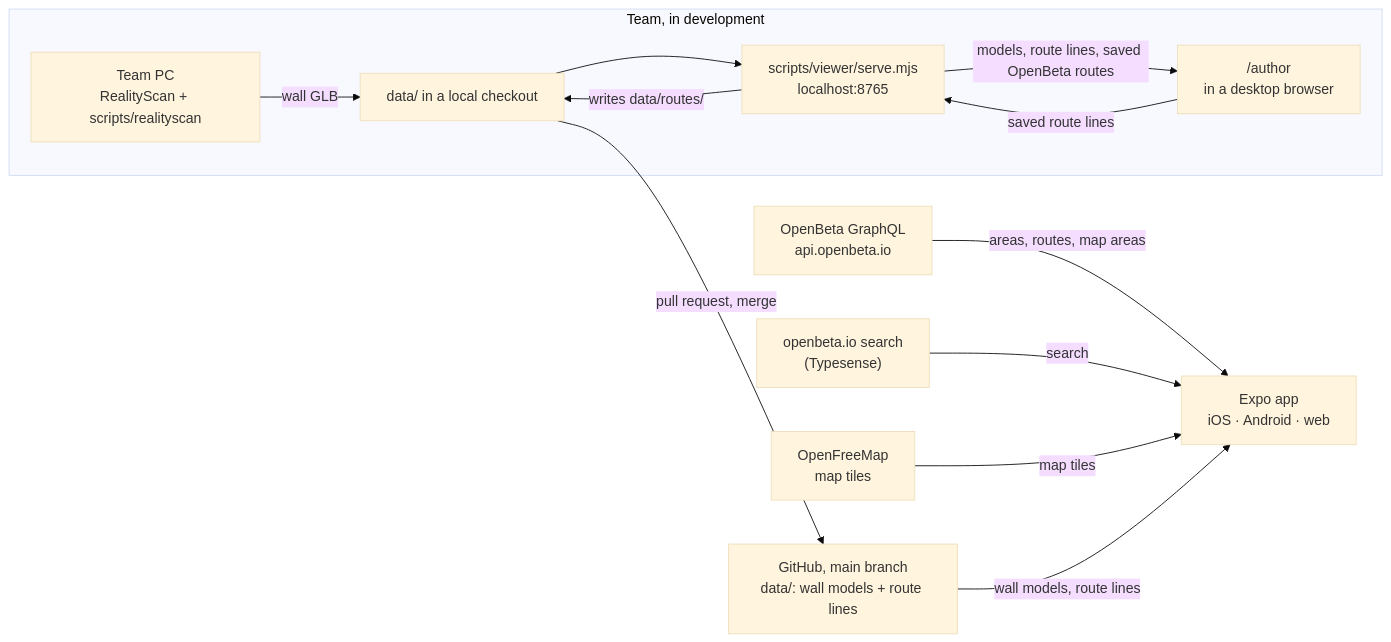
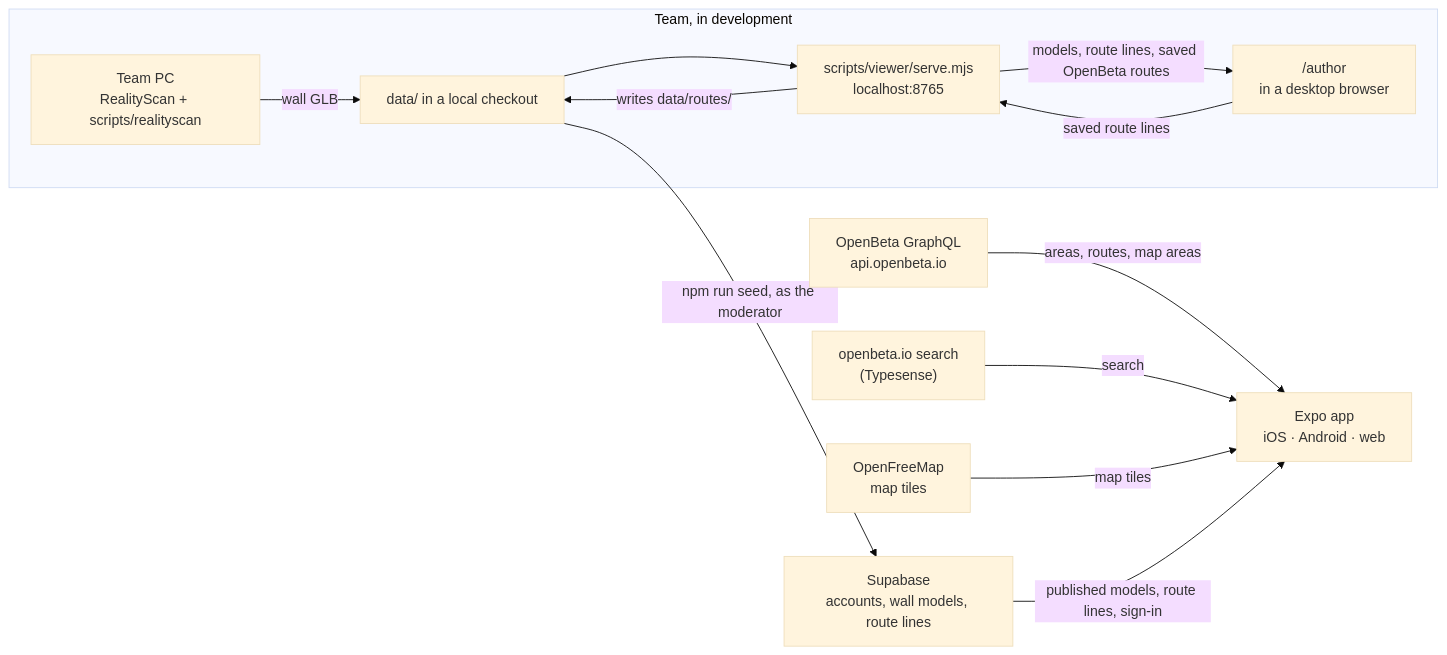
The first of 2 diagrams in docs/architecture/README.md (USU-CSCapstone/ClimbingRoutes), drawn with Mermaid (base theme) before and after one commit. The commit also changed other lines of this file and 5 other files, not shown here.

````diff
--- a/docs/architecture/README.md
+++ b/docs/architecture/README.md
@@ -7,27 +7,27 @@
 ```mermaid
 flowchart LR
   OB["OpenBeta GraphQL<br/>api.openbeta.io"]
   TS["openbeta.io search<br/>(Typesense)"]
   OFM["OpenFreeMap<br/>map tiles"]
-  GH["GitHub, main branch<br/>data/: wall models + route lines"]
+  SB["Supabase<br/>accounts, wall models, route lines"]
   App["Expo app<br/>iOS · Android · web"]
 
   OB -->|"areas, routes, map areas"| App
   TS -->|"search"| App
   OFM -->|"map tiles"| App
-  GH -->|"wall models, route lines"| App
+  SB -->|"published models, route lines, sign-in"| App
 
   subgraph Team["Team, in development"]
     PC["Team PC<br/>RealityScan + scripts/realityscan"]
     Local["data/ in a local checkout"]
     Serve["scripts/viewer/serve.mjs<br/>localhost:8765"]
     Author["/author<br/>in a desktop browser"]
     PC -->|"wall GLB"| Local
     Local --> Serve
     Serve -->|"models, route lines, saved OpenBeta routes"| Author
     Author -->|"saved route lines"| Serve
     Serve -->|"writes data/routes/"| Local
   end
 
-  Local -->|"pull request, merge"| GH
+  Local -->|"npm run seed, as the moderator"| SB
 ```
````
